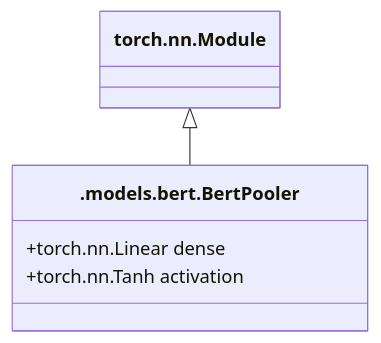
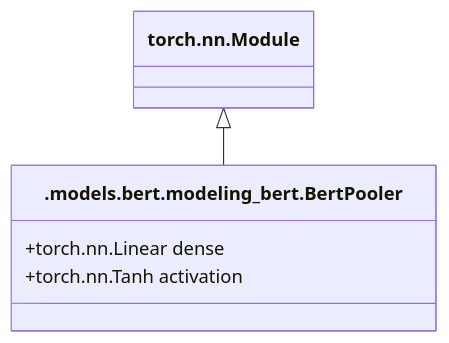
Before and after one commit to coba-yu/transformers-from-pytorch: diagram 11 of 11 in BERT.md, drawn with Mermaid. The commit also changed other lines of this file, not shown here.

First line of the commit message:
Update BERT.md

````diff
--- a/BERT.md
+++ b/BERT.md
@@ -324,10 +326,10 @@
 ```mermaid
 classDiagram
   class Module["torch.nn.Module"]
-  class BertPooler[".models.bert.BertPooler"] {
+  class BertPooler[".models.bert.modeling_bert.BertPooler"] {
     +torch.nn.Linear dense
     +torch.nn.Tanh activation
   }
 
   Module <|-- BertPooler
 ```
````
